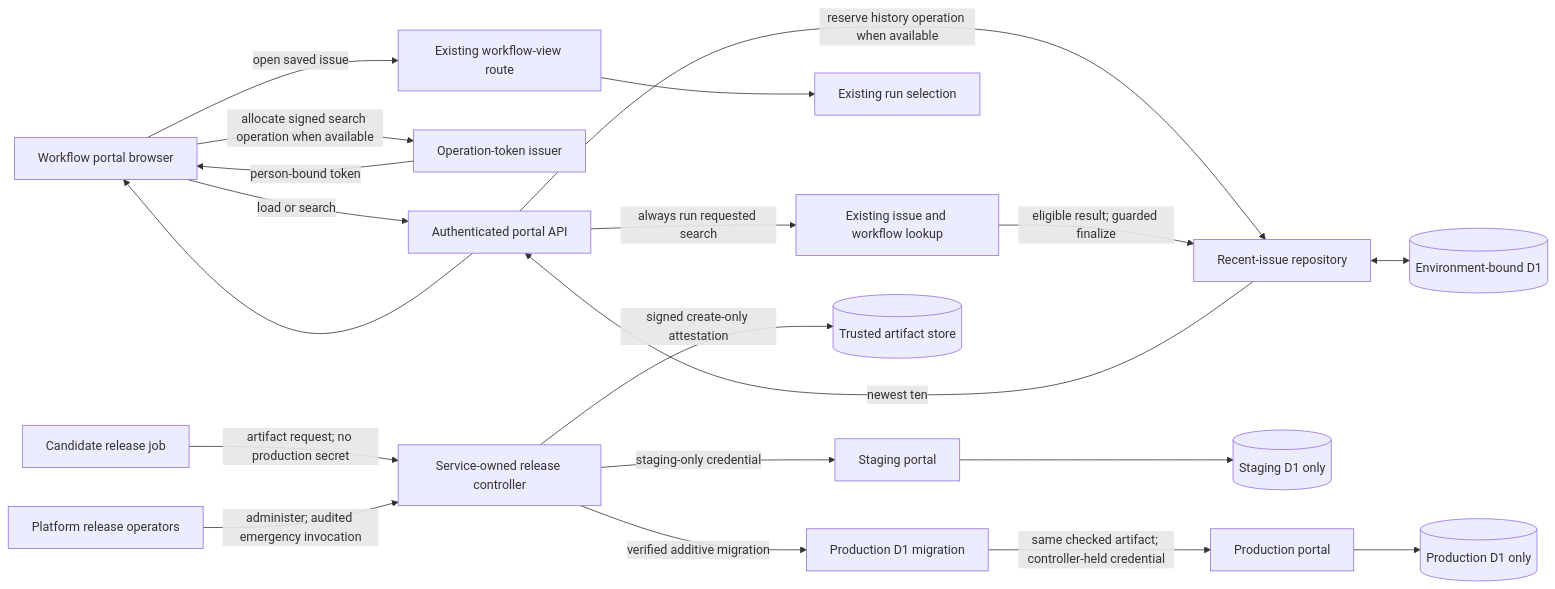
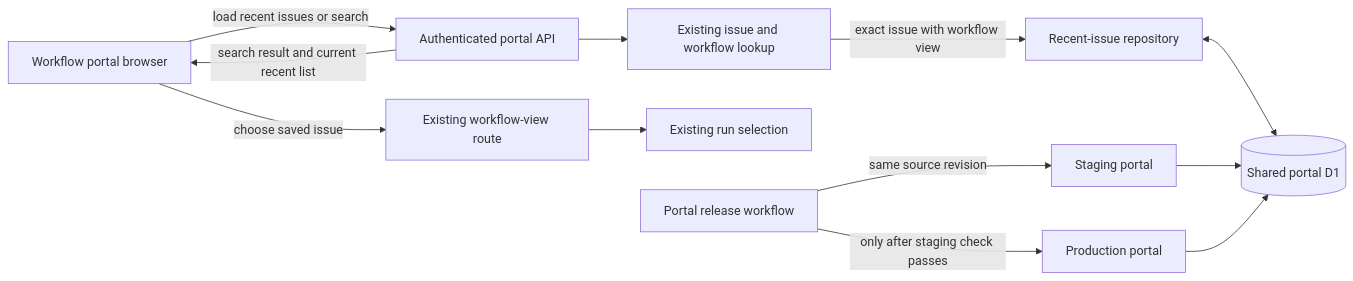
One commit to sachinkundu/deos changed the diagram in openspec/changes/sac-161/design.md. Above: the diagram before and after it, drawn with Mermaid. The commit also changed other lines of this file, not shown here.

Commit message:
DEOS planning manifest workflow:2a653831-c1ec-4db7-972a-d0d08ac0a3d8:096ce85d-9c56-4faa-ad74-ef8055bafc91:run:1:system_action:publish_design_revision:github.publish_design_candidate:1d652b5cc44834ae6440d64798e4451014a35fbe4e249e60a66826c584a8a1b0:19

````diff
--- a/openspec/changes/sac-161/design.md
+++ b/openspec/changes/sac-161/design.md
@@ -20,32 +17,23 @@
 ```mermaid
 flowchart LR
     B[Workflow portal browser]
     A[Authenticated portal API]
-    O[Operation-token issuer]
-    E[Existing issue and workflow lookup]
+    L[Existing issue and workflow lookup]
     H[Recent-issue repository]
-    D[(Environment-bound D1)]
+    D[(Shared portal D1)]
     V[Existing workflow-view route]
     R[Existing run selection]
 
-    B -->|allocate signed search operation when available| O
-    O -->|person-bound token| B
-    B -->|load or search| A
-    A -->|reserve history operation when available| H
-    A -->|always run requested search| E
-    E -->|eligible result; guarded finalize| H
+    B -->|load recent issues or search| A
+    A --> L
+    L -->|exact issue with workflow view| H
     H <--> D
-    H -->|newest ten| A
-    A --> B
-    B -->|open saved issue| V
+    A -->|search result and current recent list| B
+    B -->|choose saved issue| V
     V --> R
 
-    CI[Candidate release job] -->|artifact request; no production secret| C[Service-owned release controller]
-    C -->|staging-only credential| ST[Staging portal]
-    ST --> SD[(Staging D1 only)]
-    C -->|signed create-only attestation| AR[(Trusted artifact store)]
-    C -->|verified additive migration| PM[Production D1 migration]
-    PM -->|same checked artifact; controller-held credential| PR[Production portal]
-    PR --> PD[(Production D1 only)]
-    PO[Platform release operators] -->|administer; audited emergency invocation| C
+    C[Portal release workflow] -->|same source revision| S[Staging portal]
+    S --> D
+    C -->|only after staging check passes| P[Production portal]
+    P --> D
 ```
````
